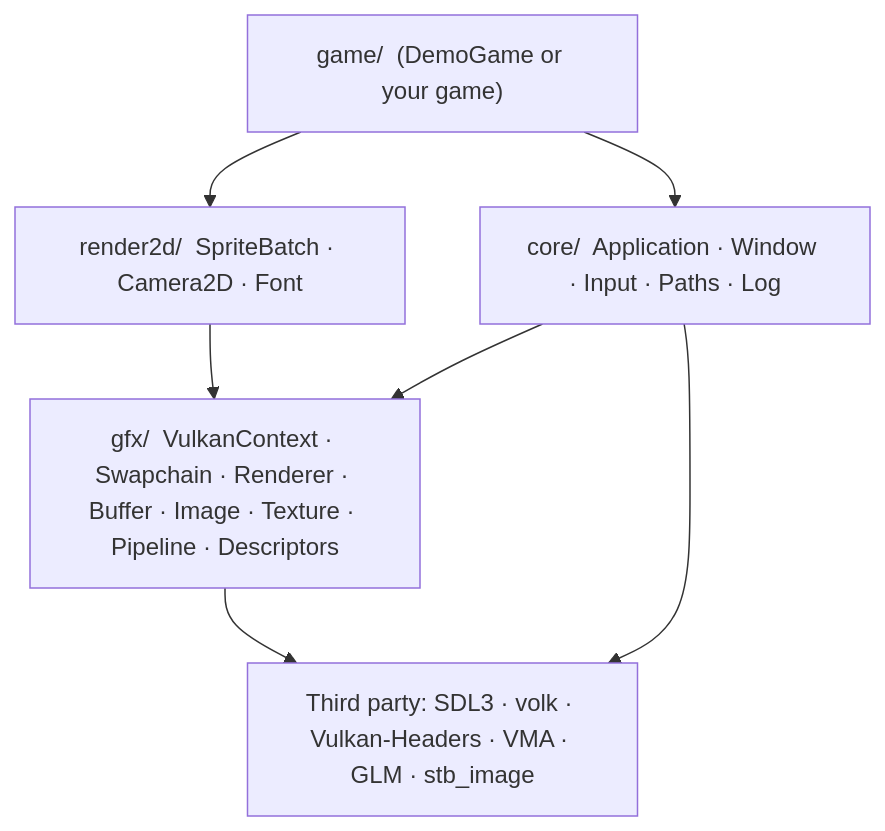
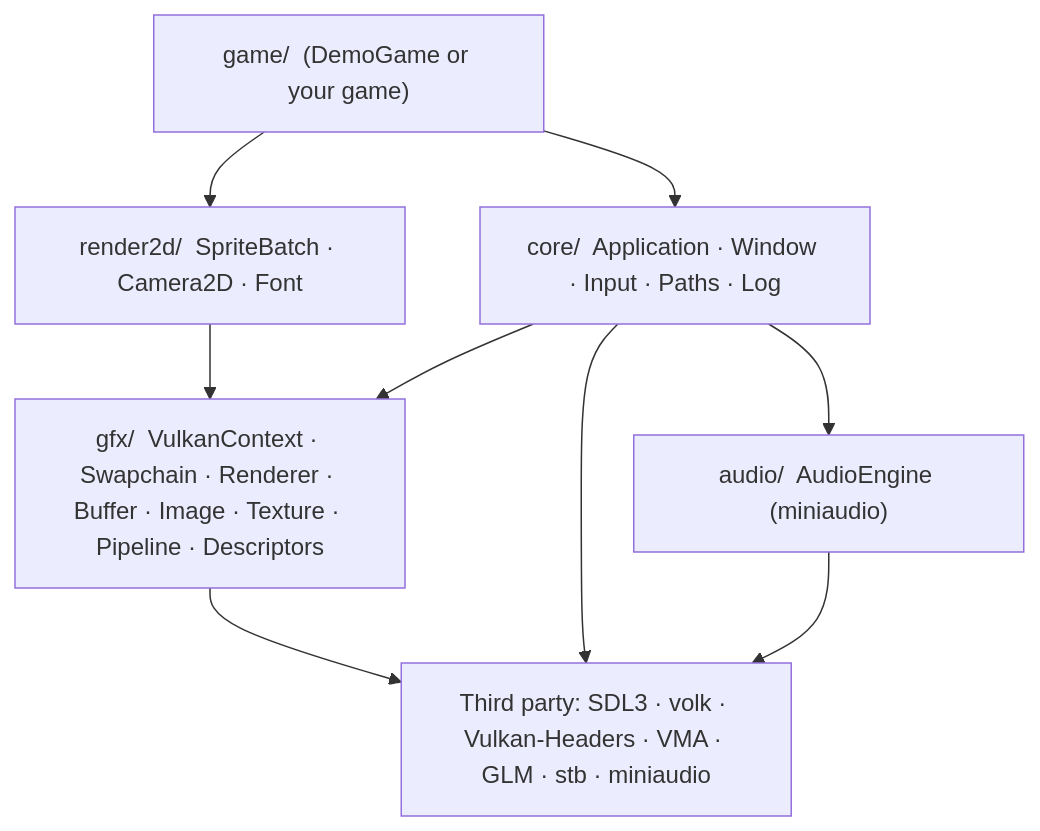
One commit to Chuck5ta/2DBaseFramework changed the first of 8 diagrams in docs/ARCHITECTURE.md. Above: the diagram before and after it, drawn with Mermaid. The commit also changed other lines of this file and 14 other files, not shown here.

````diff
--- a/docs/ARCHITECTURE.md
+++ b/docs/ARCHITECTURE.md
@@ -33,15 +33,18 @@
 ```mermaid
 flowchart TD
     game["game/  (DemoGame or your game)"]
     r2d["render2d/  SpriteBatch · Camera2D · Font"]
     core["core/  Application · Window · Input · Paths · Log"]
+    aud["audio/  AudioEngine (miniaudio)"]
     gfx["gfx/  VulkanContext · Swapchain · Renderer · Buffer · Image · Texture · Pipeline · Descriptors"]
-    third["Third party: SDL3 · volk · Vulkan-Headers · VMA · GLM · stb_image"]
+    third["Third party: SDL3 · volk · Vulkan-Headers · VMA · GLM · stb · miniaudio"]
 
     game --> r2d
     game --> core
     r2d --> gfx
     core --> gfx
+    core --> aud
     gfx --> third
     core --> third
+    aud --> third
 ```
````
